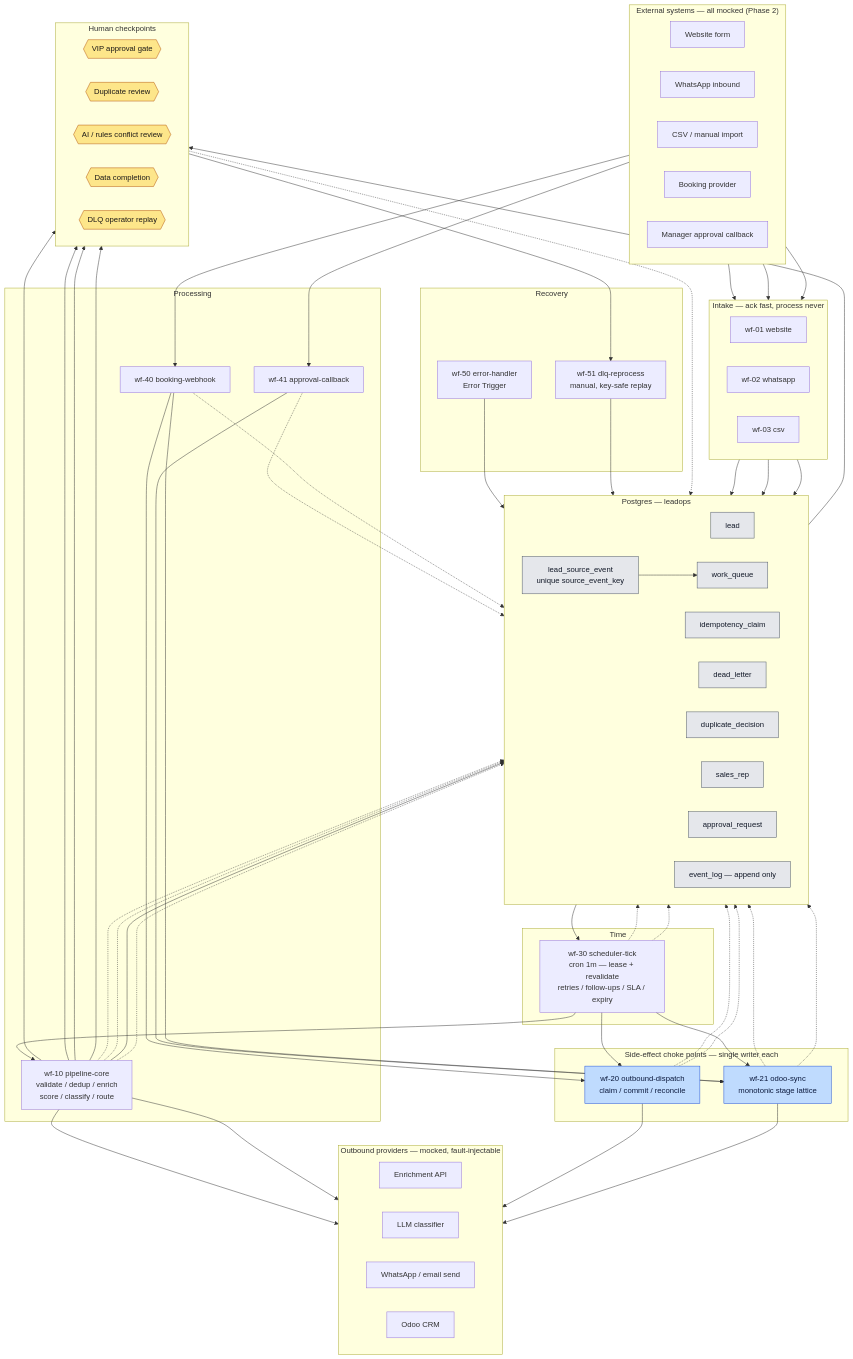
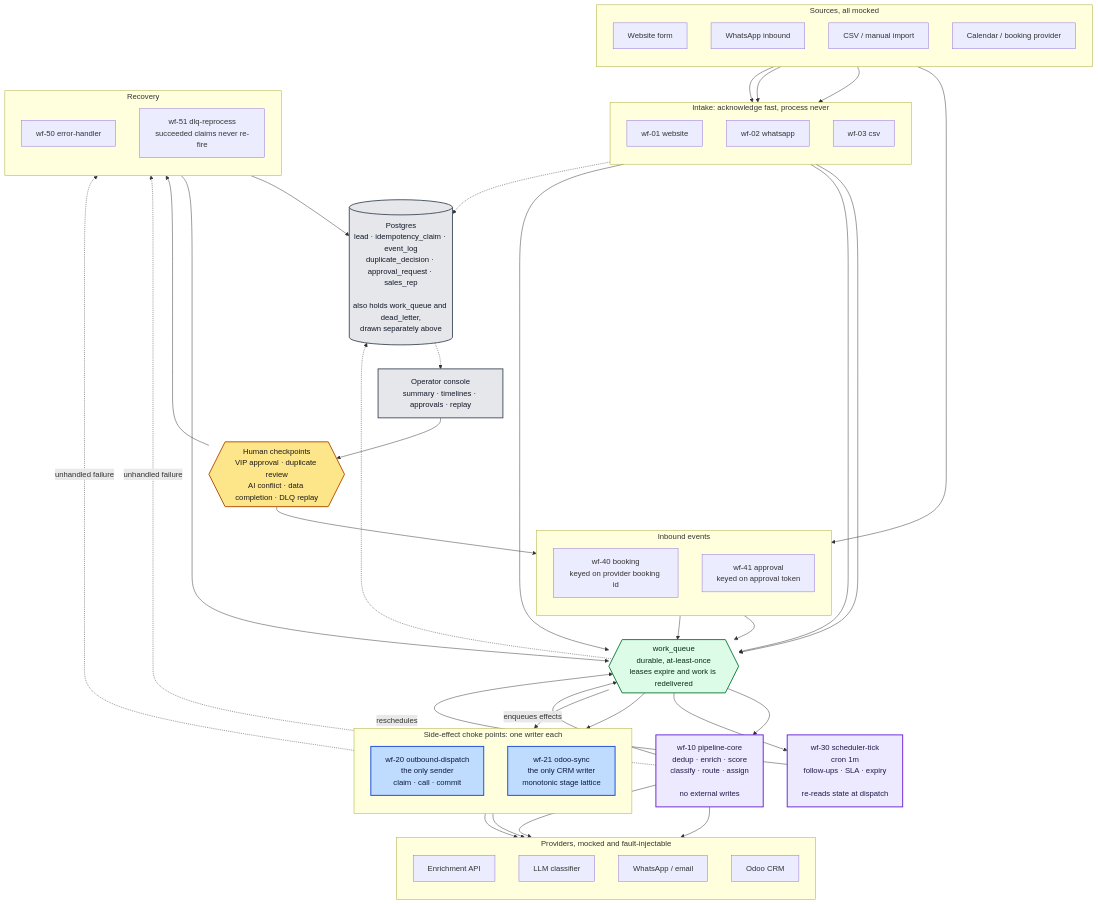
The diagram in 04_Architecture/system-architecture.mmd (abokhalill/n8n), drawn with Mermaid before and after one commit. The commit also changed 44 other files, not shown here.

Commit message:
fix: a send that times out was silently never delivered

```diff
--- a/04_Architecture/system-architecture.mmd
+++ b/04_Architecture/system-architecture.mmd
@@ -1,126 +1,105 @@
-%% System architecture — lead processing pipeline
-%% Solid arrows = data/control flow. Dashed = state reads/writes.
+%% System architecture. Read left to right: a lead enters at the far left and every
+%% external effect leaves at the far right. Solid arrows carry work, dotted arrows are
+%% reads and writes against Postgres. Every workflow shown reads and writes that store;
+%% only the queue edge is drawn, because drawing all of them obscures the flow.
 flowchart TB
 
-  subgraph EXT["External systems — all mocked (Phase 2)"]
-    direction LR
-    SWEB["Website form"]
-    SWA["WhatsApp inbound"]
-    SCSV["CSV / manual import"]
-    CAL["Booking provider"]
-    MGR["Manager approval callback"]
+  subgraph SRC["Sources, all mocked"]
+    direction TB
+    S1["Website form"]
+    S2["WhatsApp inbound"]
+    S3["CSV / manual import"]
+    S4["Calendar / booking provider"]
   end
 
-  subgraph PROV["Outbound providers — mocked, fault-injectable"]
-    direction LR
-    ENR["Enrichment API"]
-    LLM["LLM classifier"]
-    MSG["WhatsApp / email send"]
-    ODOO["Odoo CRM"]
-  end
-
-  subgraph INTAKE["Intake — ack fast, process never"]
-    direction LR
+  subgraph IN["Intake: acknowledge fast, process never"]
+    direction TB
     W01["wf-01 website"]
     W02["wf-02 whatsapp"]
     W03["wf-03 csv"]
   end
 
-  subgraph CORE["Processing"]
-    W10["wf-10 pipeline-core<br/>validate / dedup / enrich<br/>score / classify / route"]
-    W40["wf-40 booking-webhook"]
-    W41["wf-41 approval-callback"]
+  Q{{"work_queue<br/>durable, at-least-once<br/>leases expire and work is redelivered"}}
+
+  W10["wf-10 pipeline-core<br/>dedup · enrich · score<br/>classify · route · assign<br/><br/>no external writes"]
+
+  subgraph DISP["Side-effect choke points: one writer each"]
+    direction TB
+    W20["wf-20 outbound-dispatch<br/>the only sender<br/>claim · call · commit"]
+    W21["wf-21 odoo-sync<br/>the only CRM writer<br/>monotonic stage lattice"]
   end
 
-  subgraph CHOKE["Side-effect choke points — single writer each"]
-    W20["wf-20 outbound-dispatch<br/>claim / commit / reconcile"]
-    W21["wf-21 odoo-sync<br/>monotonic stage lattice"]
+  subgraph PROV["Providers, mocked and fault-injectable"]
+    direction TB
+    P1["Enrichment API"]
+    P2["LLM classifier"]
+    P3["WhatsApp / email"]
+    P4["Odoo CRM"]
   end
 
-  subgraph SCHED["Time"]
-    W30["wf-30 scheduler-tick<br/>cron 1m — lease + revalidate<br/>retries / follow-ups / SLA / expiry"]
+  W30["wf-30 scheduler-tick<br/>cron 1m<br/>follow-ups · SLA · expiry<br/><br/>re-reads state at dispatch"]
+
+  subgraph EV["Inbound events"]
+    direction TB
+    W40["wf-40 booking<br/>keyed on provider booking id"]
+    W41["wf-41 approval<br/>keyed on approval token"]
   end
 
-  subgraph RECOV["Recovery"]
-    W50["wf-50 error-handler<br/>Error Trigger"]
-    W51["wf-51 dlq-reprocess<br/>manual, key-safe replay"]
+  subgraph REC["Recovery"]
+    direction TB
+    W50["wf-50 error-handler"]
+    W51["wf-51 dlq-reprocess<br/>succeeded claims never re-fire"]
   end
 
-  subgraph DB["Postgres — leadops"]
-    direction LR
-    T_LEAD["lead"]
-    T_EVT["lead_source_event<br/>unique source_event_key"]
-    T_IDEM["idempotency_claim"]
-    T_WQ["work_queue"]
-    T_DLQ["dead_letter"]
-    T_DUP["duplicate_decision"]
-    T_REP["sales_rep"]
-    T_APR["approval_request"]
-    T_LOG["event_log — append only"]
-  end
+  DB[("Postgres<br/>lead · idempotency_claim · event_log<br/>duplicate_decision · approval_request · sales_rep<br/><br/>also holds work_queue and dead_letter,<br/>drawn separately above")]
 
-  subgraph HUMAN["Human checkpoints"]
-    direction LR
-    H1{{"VIP approval gate"}}
-    H2{{"Duplicate review"}}
-    H3{{"AI / rules conflict review"}}
-    H4{{"Data completion"}}
-    H5{{"DLQ operator replay"}}
-  end
+  CON["Operator console<br/>summary · timelines · approvals · replay"]
 
-  SWEB --> W01
-  SWA --> W02
-  SCSV --> W03
-  CAL --> W40
-  MGR --> W41
+  HUM{{"Human checkpoints<br/>VIP approval · duplicate review<br/>AI conflict · data completion · DLQ replay"}}
 
-  W01 --> T_EVT
-  W02 --> T_EVT
-  W03 --> T_EVT
-  T_EVT --> T_WQ
+  S1 --> W01
+  S2 --> W02
+  S3 --> W03
+  W01 --> Q
+  W02 --> Q
+  W03 --> Q
 
-  T_WQ --> W30
-  W30 --> W10
-  W30 --> W20
-  W30 --> W21
+  Q --> W10
+  W10 -- "enqueues effects" --> Q
+  Q --> W20
+  Q --> W21
+  Q --> W30
+  W30 -- "reschedules" --> Q
 
-  W10 -.-> T_LEAD
-  W10 -.-> T_DUP
-  W10 --> ENR
-  W10 --> LLM
-  W10 --> T_WQ
+  W10 --> P1
+  W10 --> P2
+  W20 --> P3
+  W21 --> P4
 
-  W10 --> H2
-  W10 --> H3
-  W10 --> H4
-  W10 --> H1
-  H1 -.-> T_APR
-  W41 -.-> T_APR
-  W41 --> W21
+  S4 --> W40
+  W40 --> Q
+  W41 --> Q
+  W10 -. "unhandled failure" .-> W50
+  W20 -. "unhandled failure" .-> W50
+  W50 --> DB
+  W51 --> Q
 
-  W40 -.-> T_IDEM
-  W40 --> W21
-  W40 --> W20
+  W01 -.-> DB
+  Q -.-> DB
+  DB -.-> CON
+  CON --> HUM
+  HUM --> W41
+  HUM --> W51
 
-  W20 -.-> T_IDEM
-  W20 --> MSG
-  W21 -.-> T_IDEM
-  W21 --> ODOO
+  classDef choke fill:#bfdbfe,stroke:#1d4ed8,color:#0c1a3d,stroke-width:2px
+  classDef human fill:#fde68a,stroke:#b45309,color:#1c1917,stroke-width:2px
+  classDef store fill:#e5e7eb,stroke:#4b5563,color:#111827,stroke-width:2px
+  classDef queue fill:#dcfce7,stroke:#15803d,color:#052e16,stroke-width:2px
+  classDef core fill:#ede9fe,stroke:#6d28d9,color:#1e1b4b,stroke-width:2px
 
-  W50 --> T_DLQ
-  T_DLQ --> H5
-  H5 --> W51
-  W51 --> T_WQ
-
-  W10 -.-> T_LOG
-  W20 -.-> T_LOG
-  W21 -.-> T_LOG
-  W30 -.-> T_LOG
-  W30 -.-> T_REP
-
-  classDef human fill:#fde68a,stroke:#b45309,color:#1c1917
-  classDef choke fill:#bfdbfe,stroke:#1d4ed8,color:#0c1a3d
-  classDef store fill:#e5e7eb,stroke:#4b5563,color:#111827
-  class H1,H2,H3,H4,H5 human
   class W20,W21 choke
-  class T_LEAD,T_EVT,T_IDEM,T_WQ,T_DLQ,T_DUP,T_REP,T_APR,T_LOG store
+  class HUM human
+  class DB store
+  class Q queue
+  class W10,W30 core
+  class CON store
```
